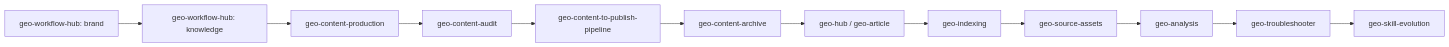
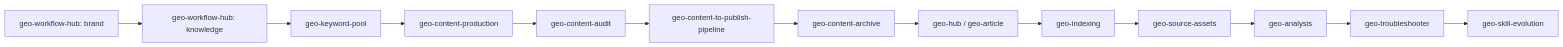
One commit to chenshuke/geo-skills changed the diagram in README.md. Above: the diagram before and after it, drawn with Mermaid. The commit also changed other lines of this file and 11 other files, not shown here.

````diff
--- a/README.md
+++ b/README.md
@@ -215,14 +217,15 @@
 ```mermaid
 graph LR
     A[geo-workflow-hub: brand] --> B[geo-workflow-hub: knowledge]
-    B --> C[geo-content-production]
+    B --> K[geo-keyword-pool]
+    K --> C[geo-content-production]
     C --> D[geo-content-audit]
     D --> P[geo-content-to-publish-pipeline]
     P --> E[geo-content-archive]
     E --> F[geo-hub / geo-article]
     F --> G[geo-indexing]
     G --> S[geo-source-assets]
     S --> H[geo-analysis]
     H --> T[geo-troubleshooter]
     T --> X[geo-skill-evolution]
 ```
````
